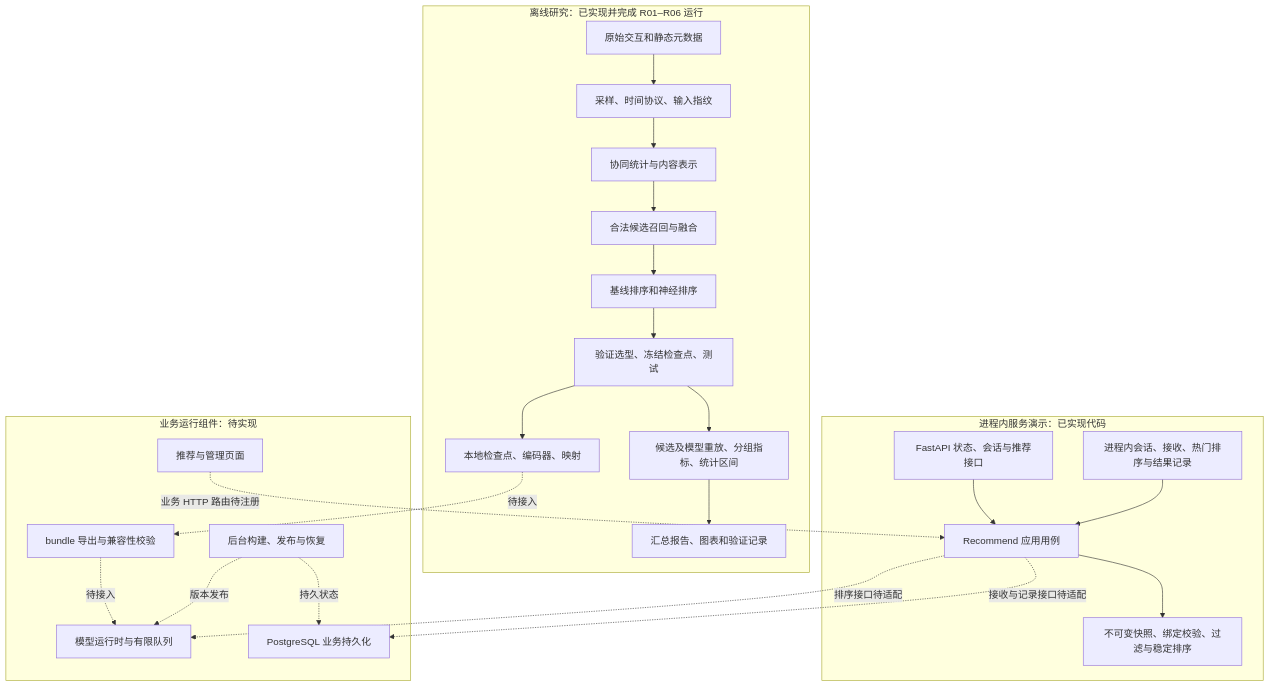
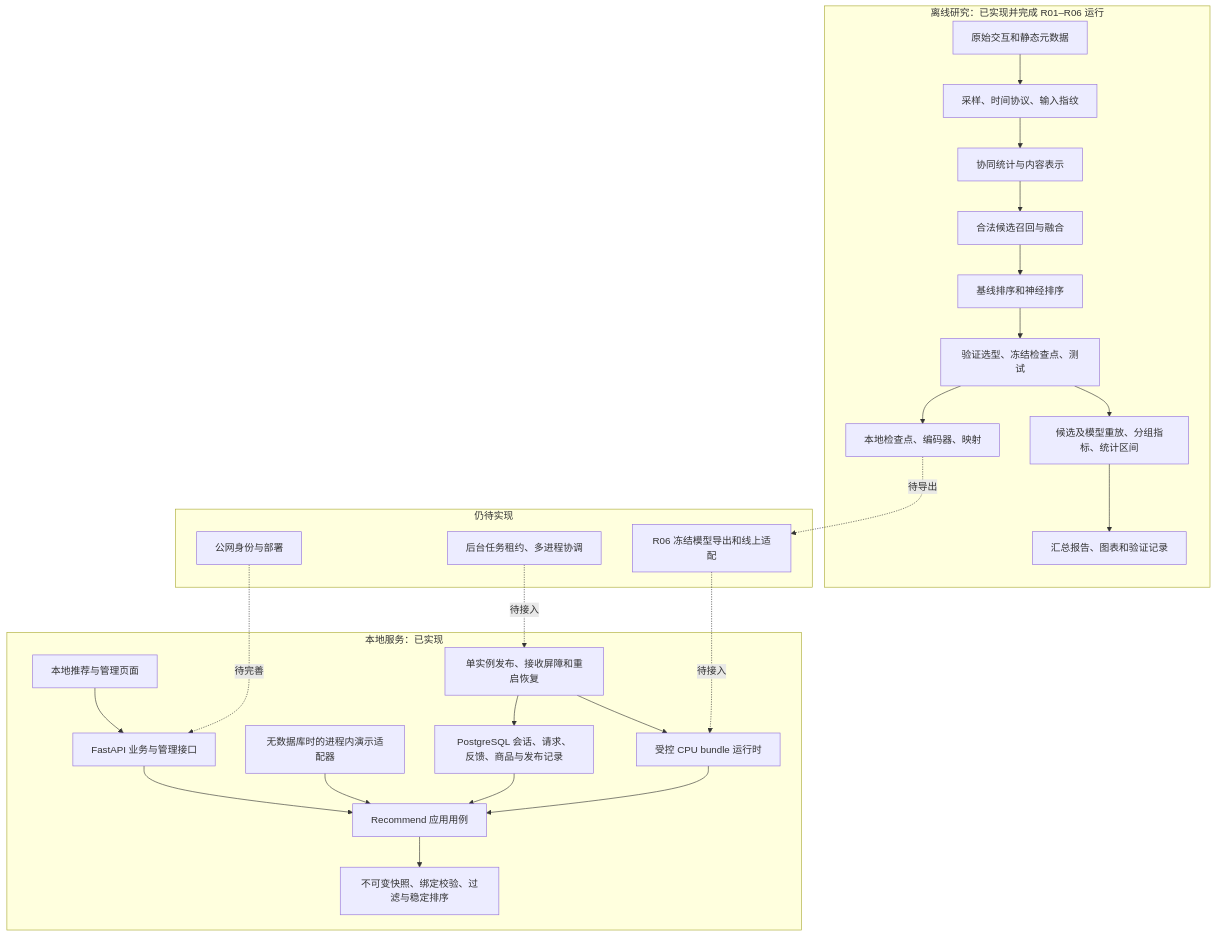
The first of 3 diagrams in docs/10-architecture-and-implementation.md (Die4U23/EvoRec), drawn with Mermaid before and after one commit. The commit also changed other lines of this file and 23 other files, not shown here.

```diff
--- a/docs/10-architecture-and-implementation.md
+++ b/docs/10-architecture-and-implementation.md
@@ -53,36 +53,40 @@
 ~~~mermaid
 flowchart TB
   subgraph Offline["离线研究：已实现并完成 R01–R06 运行"]
     Data["原始交互和静态元数据"] --> Protocol["采样、时间协议、输入指纹"]
     Protocol --> Features["协同统计与内容表示"]
     Features --> Recall["合法候选召回与融合"]
     Recall --> Rank["基线排序和神经排序"]
     Rank --> Select["验证选型、冻结检查点、测试"]
     Select --> Audit["候选及模型重放、分组指标、统计区间"]
     Audit --> Report["汇总报告、图表和验证记录"]
     Select --> Files["本地检查点、编码器、映射"]
   end
-  subgraph Skeleton["进程内服务演示：已实现代码"]
-    API["FastAPI 状态、会话与推荐接口"]
+  subgraph Service["本地服务：已实现"]
+    API["FastAPI 业务与管理接口"]
     UseCase["Recommend 应用用例"]
     Rules["不可变快照、绑定校验、过滤与稳定排序"]
-    Memory["进程内会话、接收、热门排序与结果记录"]
+    Memory["无数据库时的进程内演示适配器"]
+    DB["PostgreSQL 会话、请求、反馈、商品与发布记录"]
+    Runtime["受控 CPU bundle 运行时"]
+    Publish["单实例发布、接收屏障和重启恢复"]
+    Web["本地推荐与管理页面"]
     API --> UseCase
     UseCase --> Rules
     Memory --> UseCase
+    DB --> UseCase
+    Publish --> DB
+    Publish --> Runtime
+    Runtime --> UseCase
+    Web --> API
   end
-  subgraph Planned["业务运行组件：待实现"]
-    Export["bundle 导出与兼容性校验"]
-    Runtime["模型运行时与有限队列"]
-    DB["PostgreSQL 业务持久化"]
-    Publish["后台构建、发布与恢复"]
-    Web["推荐与管理页面"]
+  subgraph Planned["仍待实现"]
+    Export["R06 冻结模型导出和线上适配"]
+    Jobs["后台任务租约、多进程协调"]
+    Public["公网身份与部署"]
   end
-  Files -. "待接入" .-> Export
+  Files -. "待导出" .-> Export
   Export -. "待接入" .-> Runtime
-  UseCase -. "排序接口待适配" .-> Runtime
-  UseCase -. "接收与记录接口待适配" .-> DB
-  Publish -. "版本发布" .-> Runtime
-  Publish -. "持久状态" .-> DB
-  Web -. "业务 HTTP 路由待注册" .-> UseCase
+  Jobs -. "待接入" .-> Publish
+  Public -. "待完善" .-> API
 ~~~
```
